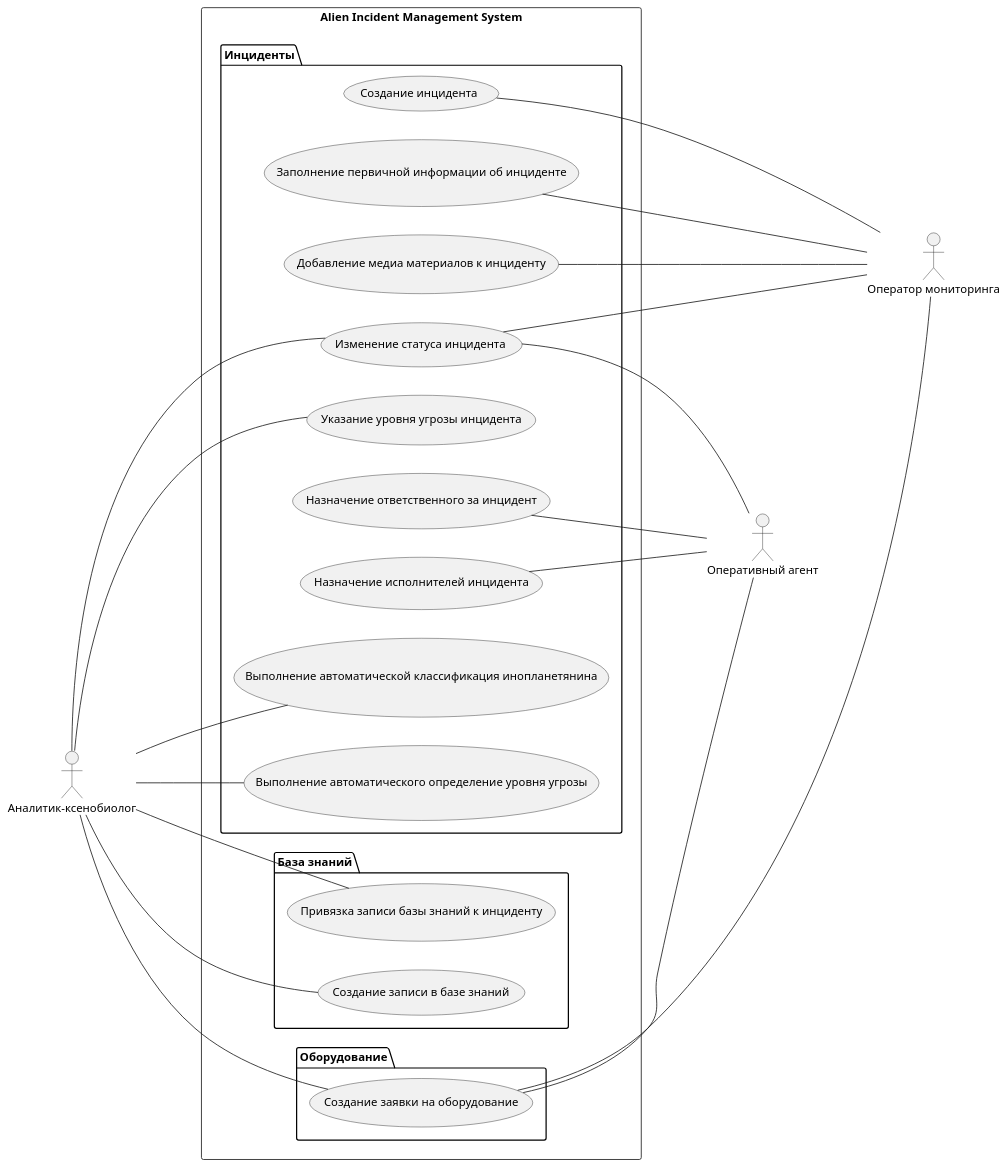
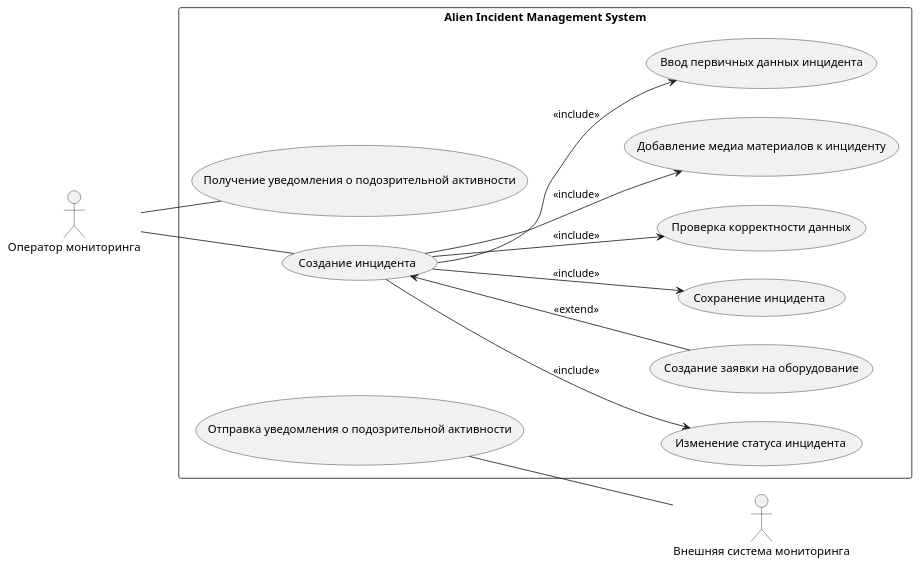
Before and after one commit to Andryss/AIMS: the diagram in use-cases/UC1/UseCase.md, drawn with PlantUML. The commit also changed 1 other file, not shown here.

Commit message:
UseCase 1

````diff
--- a/use-cases/UC1/UseCase.md
+++ b/use-cases/UC1/UseCase.md
@@ -3,61 +3,37 @@
 ```plantuml
 @startuml
 left to right direction
 
 actor "Оператор мониторинга" as Operator
-actor "Аналитик-ксенобиолог" as Analyst
-actor "Оперативный агент" as Agent
+actor "Внешняя система мониторинга" as ExternalMonitoring
 
 rectangle "Alien Incident Management System" {
 
-package "Инциденты" {
+(Отправка уведомления о подозрительной активности) as UC01
+(Получение уведомления о подозрительной активности) as UC02
 
 (Создание инцидента) as UC11
-(Заполнение первичной информации об инциденте) as UC12
-(Добавление медиа материалов к инциденту) as UC13
-(Изменение статуса инцидента) as UC14
-(Указание уровня угрозы инцидента) as UC15
-(Назначение ответственного за инцидент) as UC16
-(Назначение исполнителей инцидента) as UC17
 
-(Выполнение автоматической классификация инопланетянина) as UC18
-(Выполнение автоматического определение уровня угрозы) as UC19
+(Изменение статуса инцидента) as UC116
+(Создание заявки на оборудование) as UC115
+(Сохранение инцидента) as UC114
+(Проверка корректности данных) as UC113
+(Добавление медиа материалов к инциденту) as UC112
+(Ввод первичных данных инцидента) as UC111
 
 }
 
-package "База знаний" {
+UC01 -- ExternalMonitoring
+Operator -- UC02
 
-(Привязка записи базы знаний к инциденту) as UC21
-(Создание записи в базе знаний) as UC22
+Operator -- UC11
 
-}
-
-package "Оборудование" {
-
-(Создание заявки на оборудование) as UC31
-
-}
-
-}
-
-UC11 ---- Operator
-UC12 -- Operator
-UC13 -- Operator
-UC14 -- Operator
-UC31 -- Operator
-
-Analyst --- UC14
-Analyst -- UC15
-Analyst -- UC18
-Analyst -- UC19
-Analyst -- UC21
-Analyst -- UC22
-Analyst -- UC31
-
-UC14 --- Agent
-UC16 -- Agent
-UC17 -- Agent
-UC31 -- Agent
+UC11 --> UC111 : <<include>>
+UC11 --> UC112 : <<include>>
+UC11 --> UC113 : <<include>>
+UC11 --> UC114 : <<include>>
+UC11 <-- UC115 : <<extend>>
+UC11 --> UC116 : <<include>>
 
 @enduml
 ```
````
